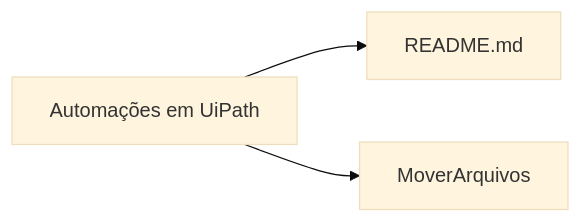
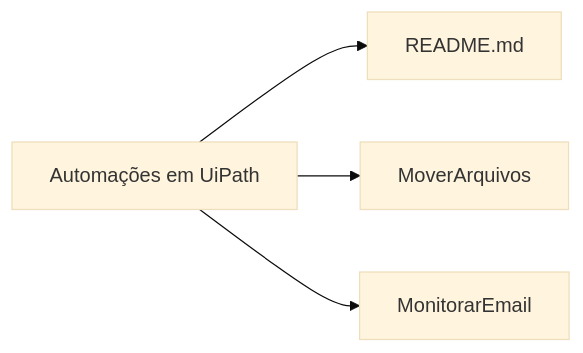
Before and after one commit to Galozi-Rafael/Automacoes-UiPath: the diagram in README.md, drawn with Mermaid (base theme).

Commit message:
docs: Atualiza o README.

````diff
--- a/README.md
+++ b/README.md
@@ -15,5 +15,6 @@
 ```mermaid
 graph LR
 A[Automações em UiPath] --> B[README.md]
 A --> C[MoverArquivos]
+A --> D[MonitorarEmail]
 ```
````
